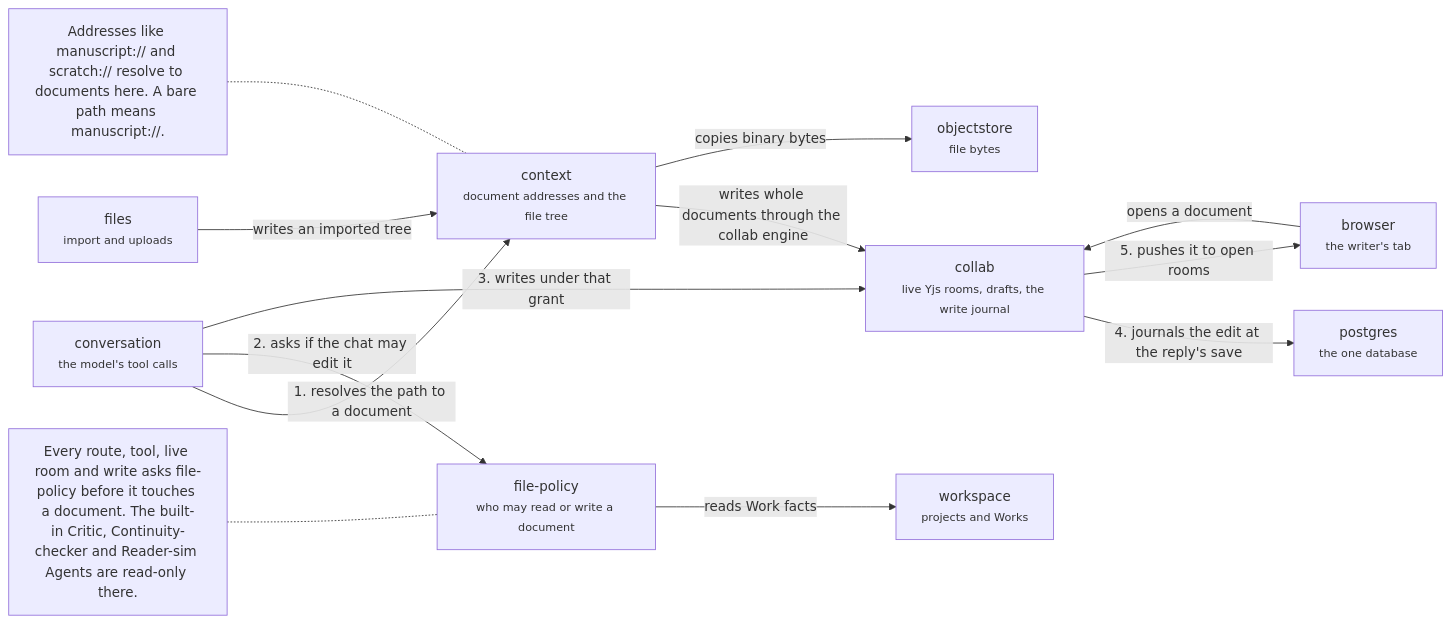
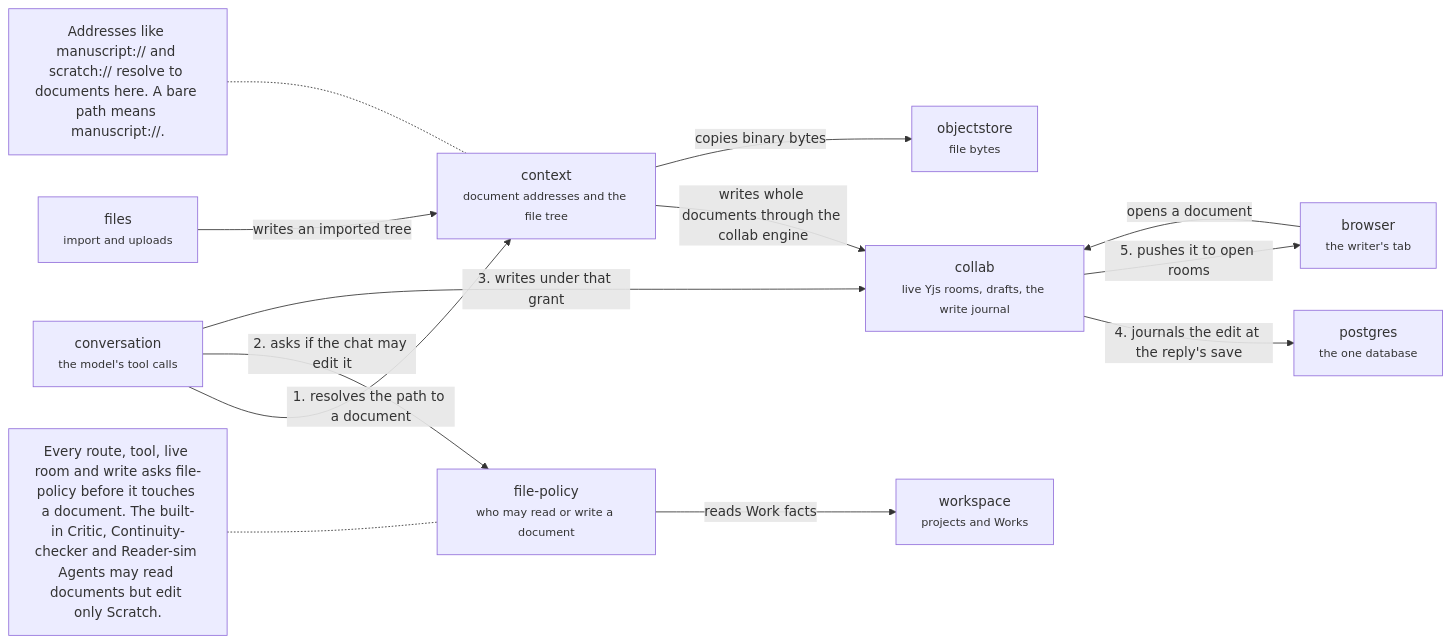
The diagram in .context/system-architecture/server-documents.md (haowjy/meridian-flow), drawn with Mermaid before and after one commit. The commit also changed 12 other files, not shown here.

First line of the commit message:
Map and flows: trace the four untraced steps, correct three claims, shorter intros

````diff
--- a/.context/system-architecture/server-documents.md
+++ b/.context/system-architecture/server-documents.md
@@ -5,26 +5,26 @@
 ```mermaid
 flowchart LR
   collab["collab<br/><small>live Yjs rooms, drafts, the write journal</small>"]:::domain
   context["context<br/><small>document addresses and the file tree</small>"]:::domain
   file-policy["file-policy<br/><small>who may read or write a document</small>"]:::domain
   conversation["conversation<br/><small>the model's tool calls</small>"]:::context
   workspace["workspace<br/><small>projects and Works</small>"]:::context
   files["files<br/><small>import and uploads</small>"]:::context
   browser["browser<br/><small>the writer's tab</small>"]:::context
   postgres["postgres<br/><small>the one database</small>"]:::context
   objectstore["objectstore<br/><small>file bytes</small>"]:::context
   conversation -->|"1. resolves the path to a document"| context
   conversation -->|"2. asks if the chat may edit it"| file-policy
   conversation -->|"3. writes under that grant"| collab
   collab -->|"4. journals the edit at the reply's save"| postgres
   collab -->|"5. pushes it to open rooms"| browser
   browser -->|"opens a document"| collab
   file-policy -->|"reads Work facts"| workspace
   context -->|"writes whole documents through the collab engine"| collab
   files -->|"writes an imported tree"| context
   context -->|"copies binary bytes"| objectstore
-  note1["Every route, tool, live room and write asks file-policy before it touches a document. The built-in Critic, Continuity-checker and Reader-sim Agents are read-only there."]:::note
+  note1["Every route, tool, live room and write asks file-policy before it touches a document. The built-in Critic, Continuity-checker and Reader-sim Agents may read documents but edit only Scratch."]:::note
   note1 -.- file-policy
   note2["Addresses like manuscript:// and scratch:// resolve to documents here. A bare path means manuscript://."]:::note
   note2 -.- context
 ```
````
